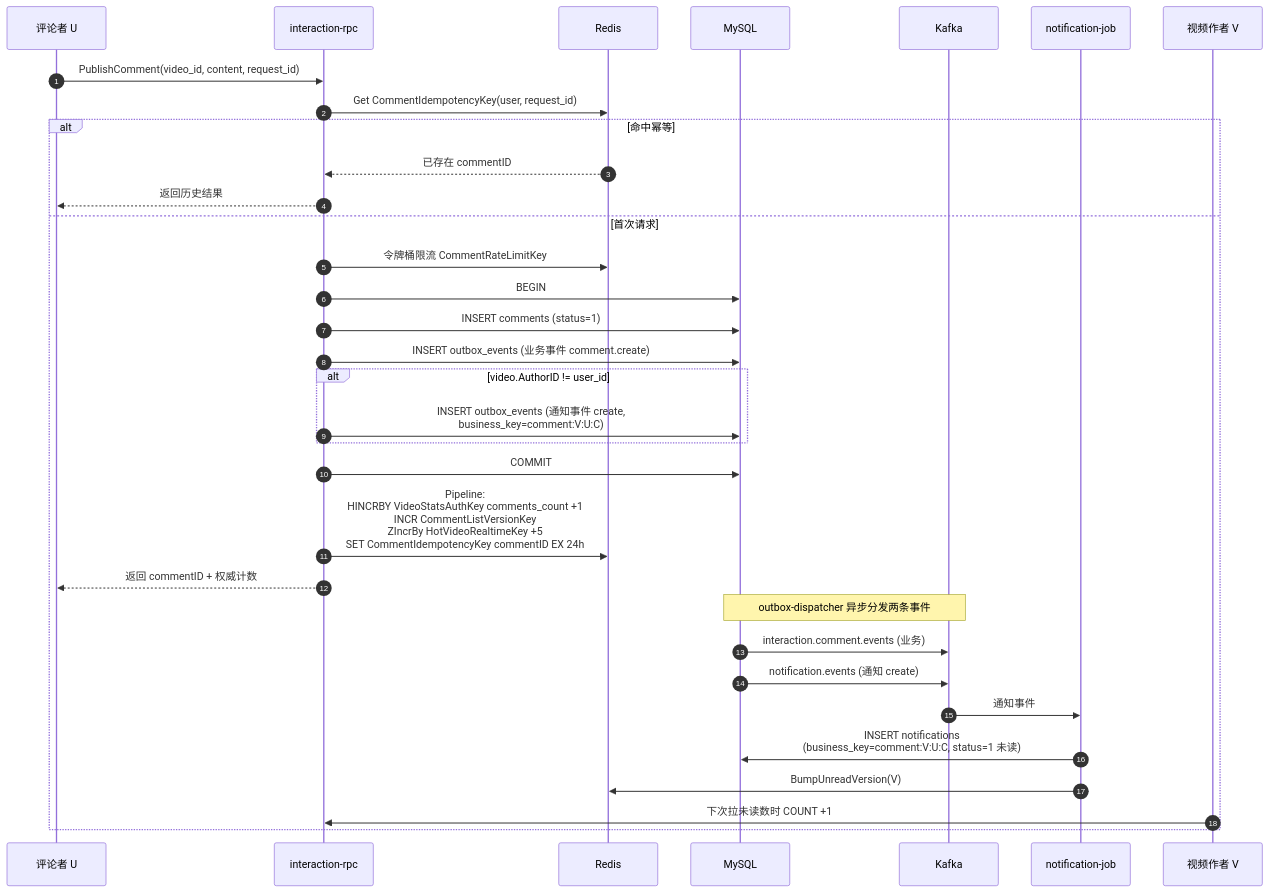
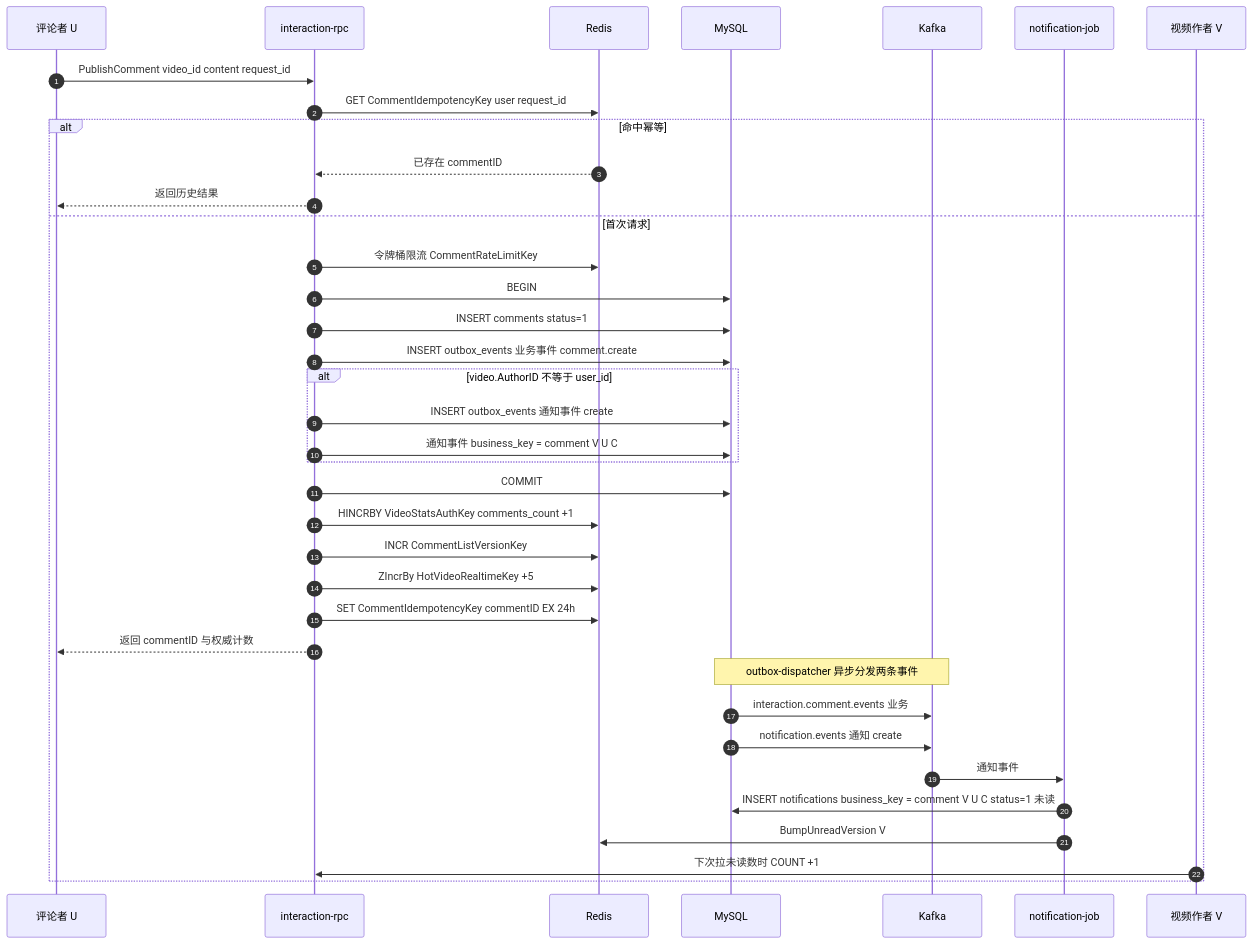
Before and after one commit to Redeemz473/feedsystem-zero: diagram 15 of 28 in docs/PROJECT_OVERVIEW.md, drawn with Mermaid. The commit also changed other lines of this file, not shown here.

Commit message:
docs(overview): fix 4 broken mermaid diagrams on github (8.3.4 flowchart layout, 8.3.5 dashed-label, 8.3.6 sequence br and braces)

````diff
--- a/docs/PROJECT_OVERVIEW.md
+++ b/docs/PROJECT_OVERVIEW.md
@@ -2787,36 +2787,40 @@
 ```mermaid
 sequenceDiagram
     autonumber
     participant U as 评论者 U
     participant RPC as interaction-rpc
     participant R as Redis
     participant DB as MySQL
     participant K as Kafka
     participant NJ as notification-job
     participant V as 视频作者 V
 
-    U->>RPC: PublishComment(video_id, content, request_id)
-    RPC->>R: Get CommentIdempotencyKey(user, request_id)
+    U->>RPC: PublishComment video_id content request_id
+    RPC->>R: GET CommentIdempotencyKey user request_id
     alt 命中幂等
         R-->>RPC: 已存在 commentID
         RPC-->>U: 返回历史结果
     else 首次请求
         RPC->>R: 令牌桶限流 CommentRateLimitKey
         RPC->>DB: BEGIN
-        RPC->>DB: INSERT comments (status=1)
-        RPC->>DB: INSERT outbox_events (业务事件 comment.create)
-        alt video.AuthorID != user_id
-            RPC->>DB: INSERT outbox_events (通知事件 create,<br/>business_key=comment:V:U:C)
+        RPC->>DB: INSERT comments status=1
+        RPC->>DB: INSERT outbox_events 业务事件 comment.create
+        alt video.AuthorID 不等于 user_id
+            RPC->>DB: INSERT outbox_events 通知事件 create
+            RPC->>DB: 通知事件 business_key = comment V U C
         end
         RPC->>DB: COMMIT
-        RPC->>R: Pipeline:<br/>HINCRBY VideoStatsAuthKey comments_count +1<br/>INCR CommentListVersionKey<br/>ZIncrBy HotVideoRealtimeKey +5<br/>SET CommentIdempotencyKey commentID EX 24h
-        RPC-->>U: 返回 commentID + 权威计数
+        RPC->>R: HINCRBY VideoStatsAuthKey comments_count +1
+        RPC->>R: INCR CommentListVersionKey
+        RPC->>R: ZIncrBy HotVideoRealtimeKey +5
+        RPC->>R: SET CommentIdempotencyKey commentID EX 24h
+        RPC-->>U: 返回 commentID 与权威计数
         Note over DB,K: outbox-dispatcher 异步分发两条事件
-        DB->>K: interaction.comment.events (业务)
-        DB->>K: notification.events (通知 create)
+        DB->>K: interaction.comment.events 业务
+        DB->>K: notification.events 通知 create
         K->>NJ: 通知事件
-        NJ->>DB: INSERT notifications<br/>(business_key=comment:V:U:C, status=1 未读)
-        NJ->>R: BumpUnreadVersion(V)
+        NJ->>DB: INSERT notifications business_key = comment V U C status=1 未读
+        NJ->>R: BumpUnreadVersion V
         V->>RPC: 下次拉未读数时 COUNT +1
     end
 ```
````
